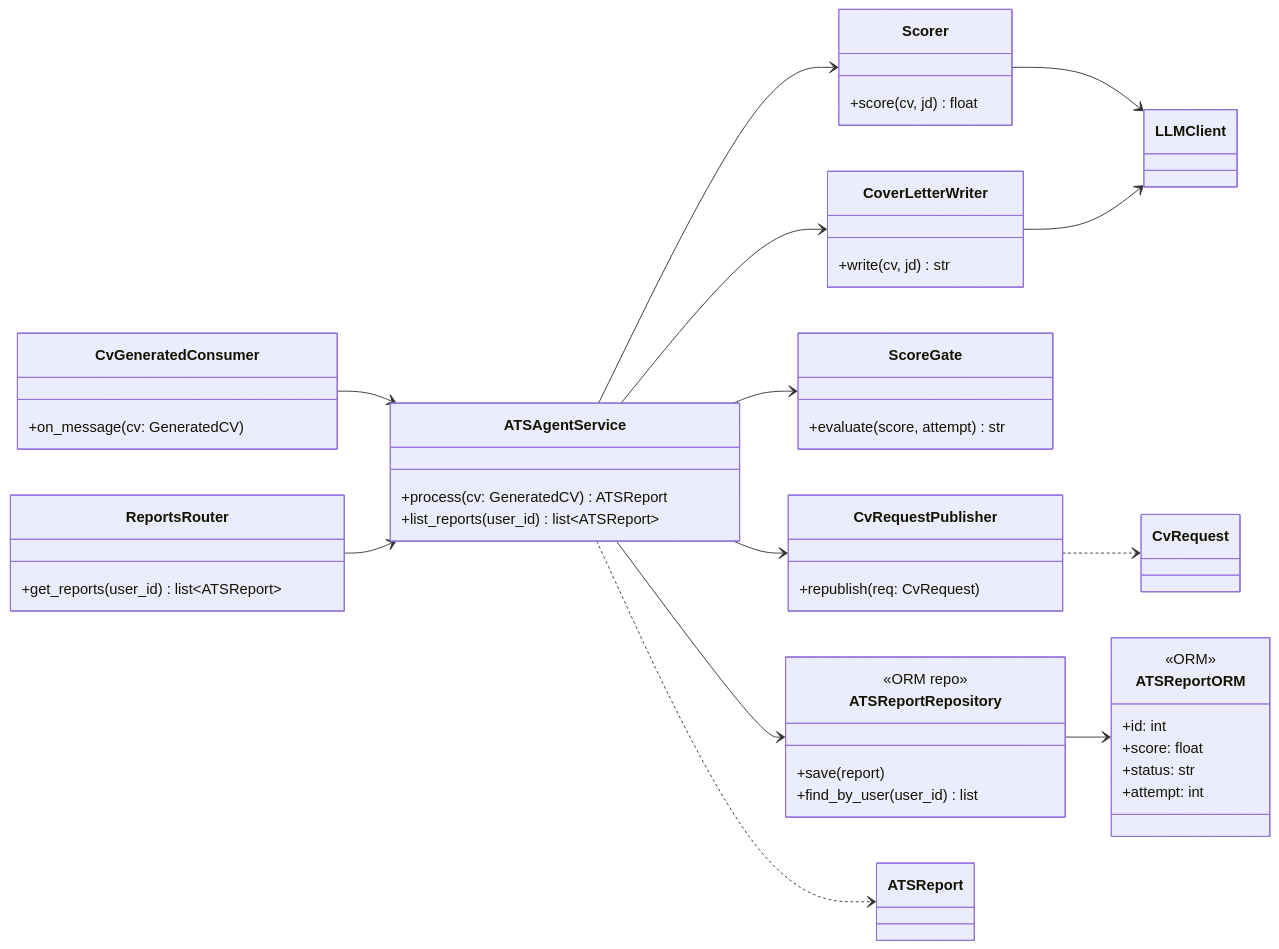
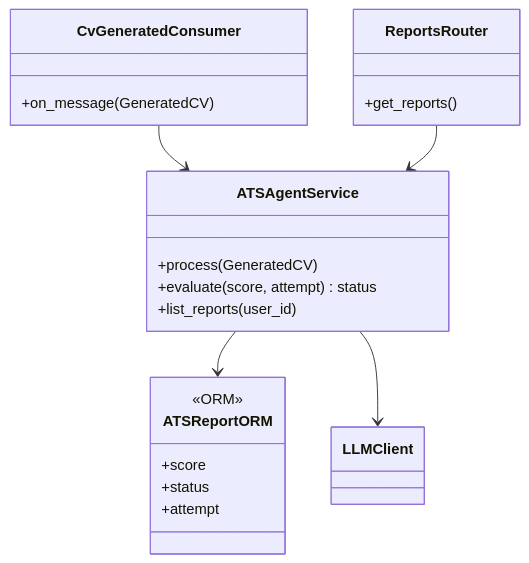
Before and after one commit to Tooltu-deve/Autonomous-Career-Agent: the seventh of 9 diagrams in docs/CLASS_DIAGRAM.md, drawn with Mermaid. The commit also changed other lines of this file, not shown here.

Commit message:
docs: simplify class diagrams to core classes per component

````diff
--- a/docs/CLASS_DIAGRAM.md
+++ b/docs/CLASS_DIAGRAM.md
@@ -325,51 +200,24 @@
 ```mermaid
 classDiagram
-    direction LR
     class CvGeneratedConsumer {
-        +on_message(cv: GeneratedCV)
+        +on_message(GeneratedCV)
     }
     class ReportsRouter {
-        +get_reports(user_id) list~ATSReport~
+        +get_reports()
     }
     class ATSAgentService {
-        +process(cv: GeneratedCV) ATSReport
-        +list_reports(user_id) list~ATSReport~
-    }
-    class Scorer {
-        +score(cv, jd) float
-    }
-    class CoverLetterWriter {
-        +write(cv, jd) str
-    }
-    class ScoreGate {
-        +evaluate(score, attempt) str
-    }
-    class CvRequestPublisher {
-        +republish(req: CvRequest)
-    }
-    class ATSReportRepository {
-        <<ORM repo>>
-        +save(report)
-        +find_by_user(user_id) list
+        +process(GeneratedCV)
+        +evaluate(score, attempt) status
+        +list_reports(user_id)
     }
     class ATSReportORM {
         <<ORM>>
-        +id: int
-        +score: float
-        +status: str
-        +attempt: int
+        +score
+        +status
+        +attempt
     }
-
     CvGeneratedConsumer --> ATSAgentService
     ReportsRouter --> ATSAgentService
-    ATSAgentService --> Scorer
-    ATSAgentService --> CoverLetterWriter
-    ATSAgentService --> ScoreGate
-    ATSAgentService --> CvRequestPublisher
-    ATSAgentService --> ATSReportRepository
-    ATSReportRepository --> ATSReportORM
-    Scorer --> LLMClient
-    CoverLetterWriter --> LLMClient
-    CvRequestPublisher ..> CvRequest
-    ATSAgentService ..> ATSReport
+    ATSAgentService --> ATSReportORM
+    ATSAgentService --> LLMClient
 ```
````
